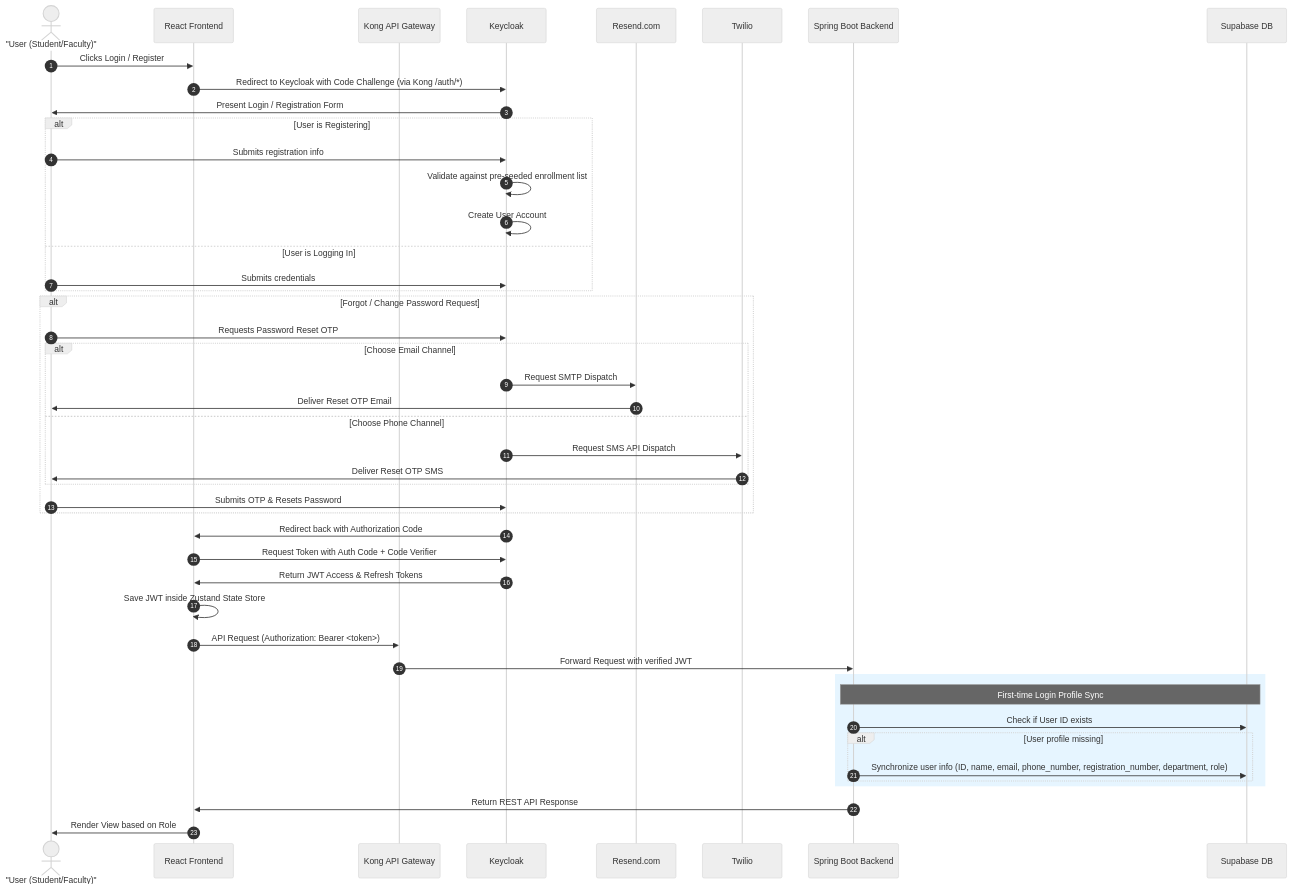
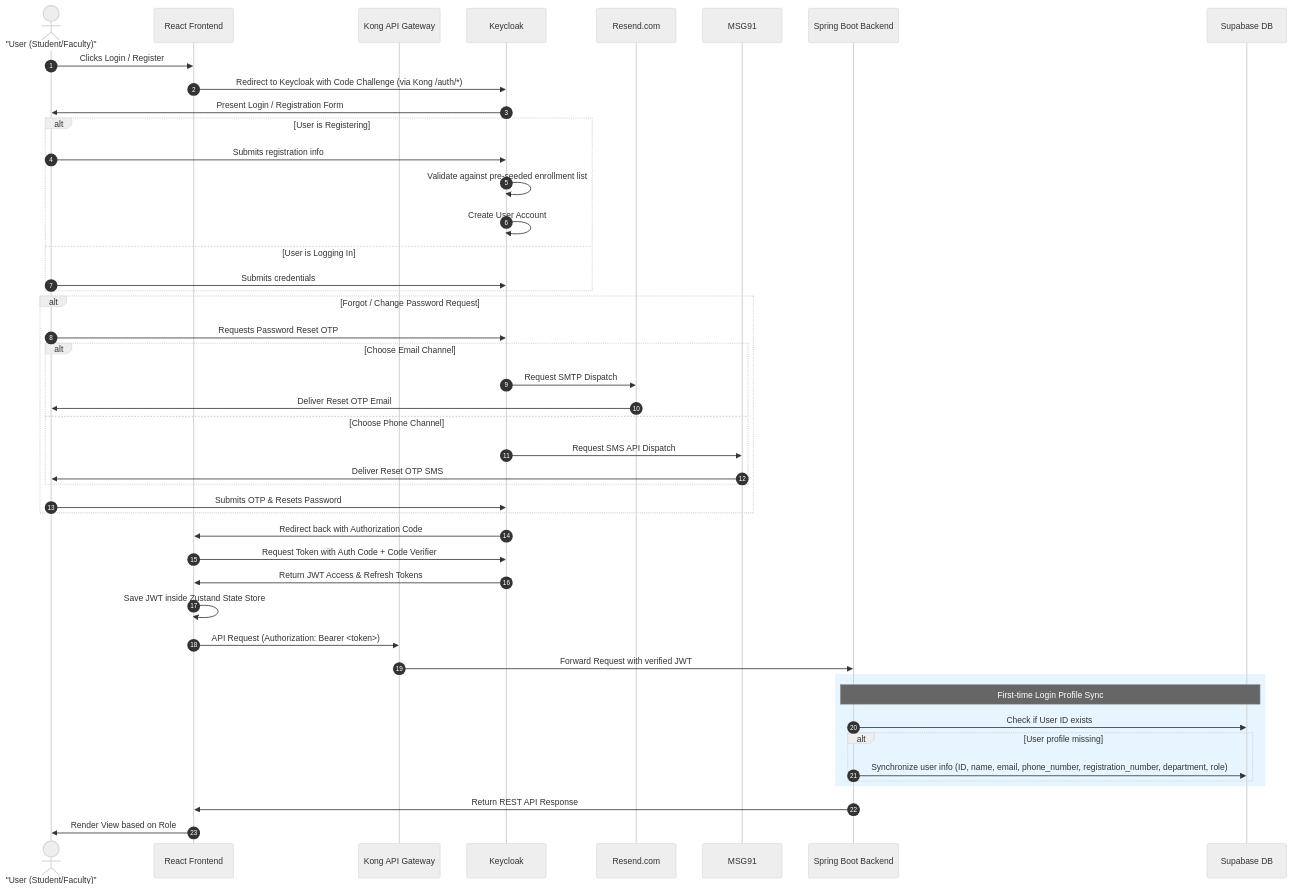
Before and after one commit to pec-developers/pec-events-app: the fourth of 4 diagrams in docs/hld.md, drawn with Mermaid (neutral theme). The commit also changed other lines of this file and 108 other files, not shown here.

````diff
--- a/docs/hld.md
+++ b/docs/hld.md
@@ -49,51 +113,51 @@
 ```mermaid
 sequenceDiagram
     autonumber
     actor User as "User (Student/Faculty)"
     participant App as React Frontend
     participant Kong as Kong API Gateway
     participant Keycloak as Keycloak
     participant Resend as Resend.com
-    participant Twilio as Twilio
+    participant MSG91 as MSG91
     participant Backend as Spring Boot Backend
     participant DB as Supabase DB
 
     User->>App: Clicks Login / Register
     App->>Keycloak: Redirect to Keycloak with Code Challenge (via Kong /auth/*)
     Keycloak->>User: Present Login / Registration Form
     alt User is Registering
         User->>Keycloak: Submits registration info
         Keycloak->>Keycloak: Validate against pre-seeded enrollment list
         Keycloak->>Keycloak: Create User Account
     else User is Logging In
         User->>Keycloak: Submits credentials
     end
     alt Forgot / Change Password Request
         User->>Keycloak: Requests Password Reset OTP
         alt Choose Email Channel
             Keycloak->>Resend: Request SMTP Dispatch
             Resend->>User: Deliver Reset OTP Email
         else Choose Phone Channel
-            Keycloak->>Twilio: Request SMS API Dispatch
-            Twilio->>User: Deliver Reset OTP SMS
+            Keycloak->>MSG91: Request SMS API Dispatch
+            MSG91->>User: Deliver Reset OTP SMS
         end
         User->>Keycloak: Submits OTP & Resets Password
     end
     Keycloak->>App: Redirect back with Authorization Code
     App->>Keycloak: Request Token with Auth Code + Code Verifier
     Keycloak->>App: Return JWT Access & Refresh Tokens
     App->>App: Save JWT inside Zustand State Store
     App->>Kong: API Request (Authorization: Bearer <token>)
     Kong->>Backend: Forward Request with verified JWT
     
     rect rgb(230, 245, 255)
         note over Backend, DB: First-time Login Profile Sync
         Backend->>DB: Check if User ID exists
         alt User profile missing
             Backend->>DB: Synchronize user info (ID, name, email, phone_number, registration_number, department, role)
         end
     end
     
     Backend->>App: Return REST API Response
     App->>User: Render View based on Role
 ```
````
